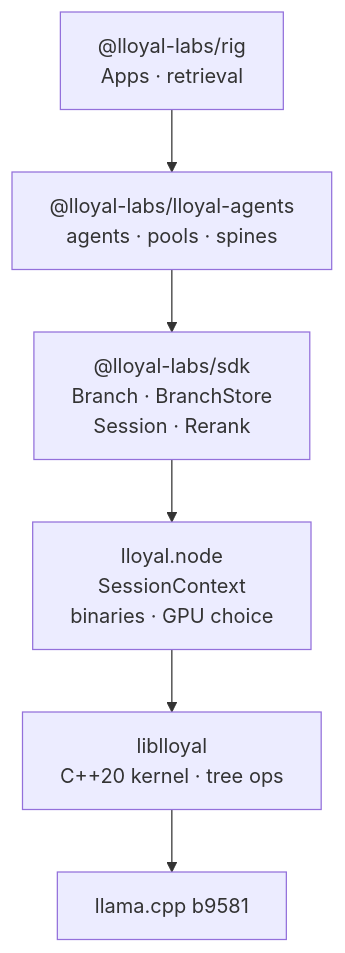
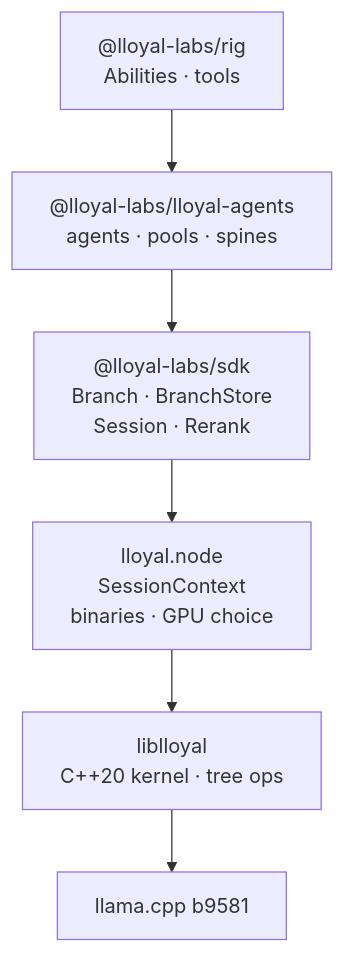
Before and after one commit to lloyal-ai/lloyal.node: the diagram in README.md, drawn with Mermaid. The commit also changed other lines of this file, not shown here.

First line of the commit message:
docs(readme): Abilities, not Apps — and retrieval is part of them

````diff
--- a/README.md
+++ b/README.md
@@ -84,8 +84,8 @@
 ```mermaid
 flowchart TD
-    A["@lloyal-labs/rig<br/>Apps · retrieval"] --> B["@lloyal-labs/lloyal-agents<br/>agents · pools · spines"]
+    A["@lloyal-labs/rig<br/>Abilities · tools"] --> B["@lloyal-labs/lloyal-agents<br/>agents · pools · spines"]
     B --> C["@lloyal-labs/sdk<br/>Branch · BranchStore<br/>Session · Rerank"]
     C --> D["lloyal.node<br/>SessionContext<br/>binaries · GPU choice"]
     D --> E["liblloyal<br/>C++20 kernel · tree ops"]
     E --> F["llama.cpp b9581"]
 ```
````
